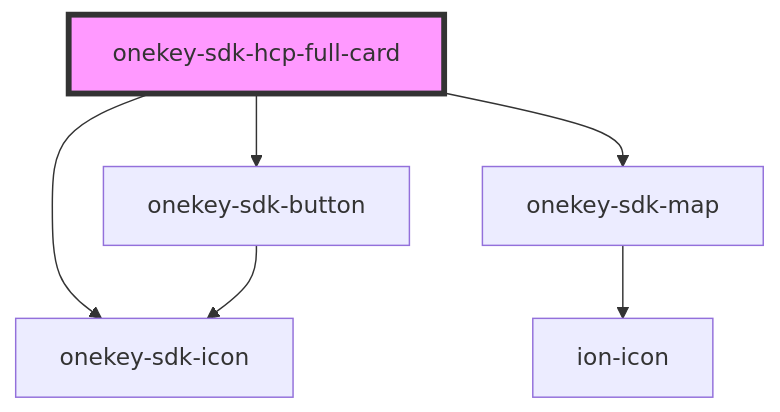
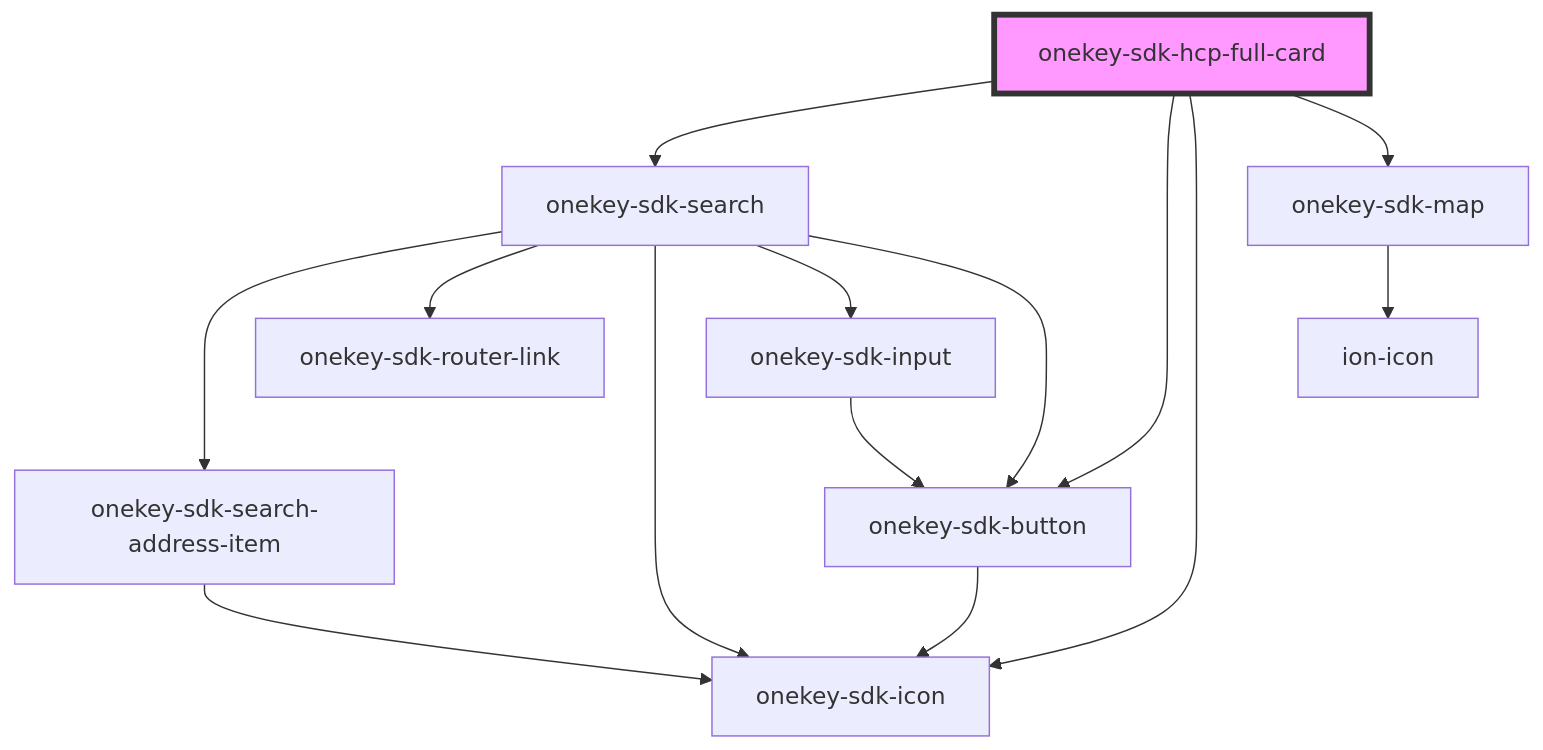
One commit to hcl-sdk/HealthCareLocatorWebSDK changed the diagram in packages/onekey-sdk-core-ui/docs/components/screens/onekey-sdk-hcp-full-card/readme.md. Above: the diagram before and after it, drawn with Mermaid. The commit also changed other lines of this file and 42 other files, not shown here.

````diff
--- a/packages/onekey-sdk-core-ui/docs/components/screens/onekey-sdk-hcp-full-card/readme.md
+++ b/packages/onekey-sdk-core-ui/docs/components/screens/onekey-sdk-hcp-full-card/readme.md
@@ -17,9 +18,17 @@
 ```mermaid
 graph TD;
+  onekey-sdk-hcp-full-card --> onekey-sdk-search
   onekey-sdk-hcp-full-card --> onekey-sdk-button
   onekey-sdk-hcp-full-card --> onekey-sdk-icon
   onekey-sdk-hcp-full-card --> onekey-sdk-map
+  onekey-sdk-search --> onekey-sdk-search-address-item
+  onekey-sdk-search --> onekey-sdk-router-link
+  onekey-sdk-search --> onekey-sdk-icon
+  onekey-sdk-search --> onekey-sdk-input
+  onekey-sdk-search --> onekey-sdk-button
+  onekey-sdk-search-address-item --> onekey-sdk-icon
+  onekey-sdk-input --> onekey-sdk-button
   onekey-sdk-button --> onekey-sdk-icon
   onekey-sdk-map --> ion-icon
   style onekey-sdk-hcp-full-card fill:#f9f,stroke:#333,stroke-width:4px
 ```
````
